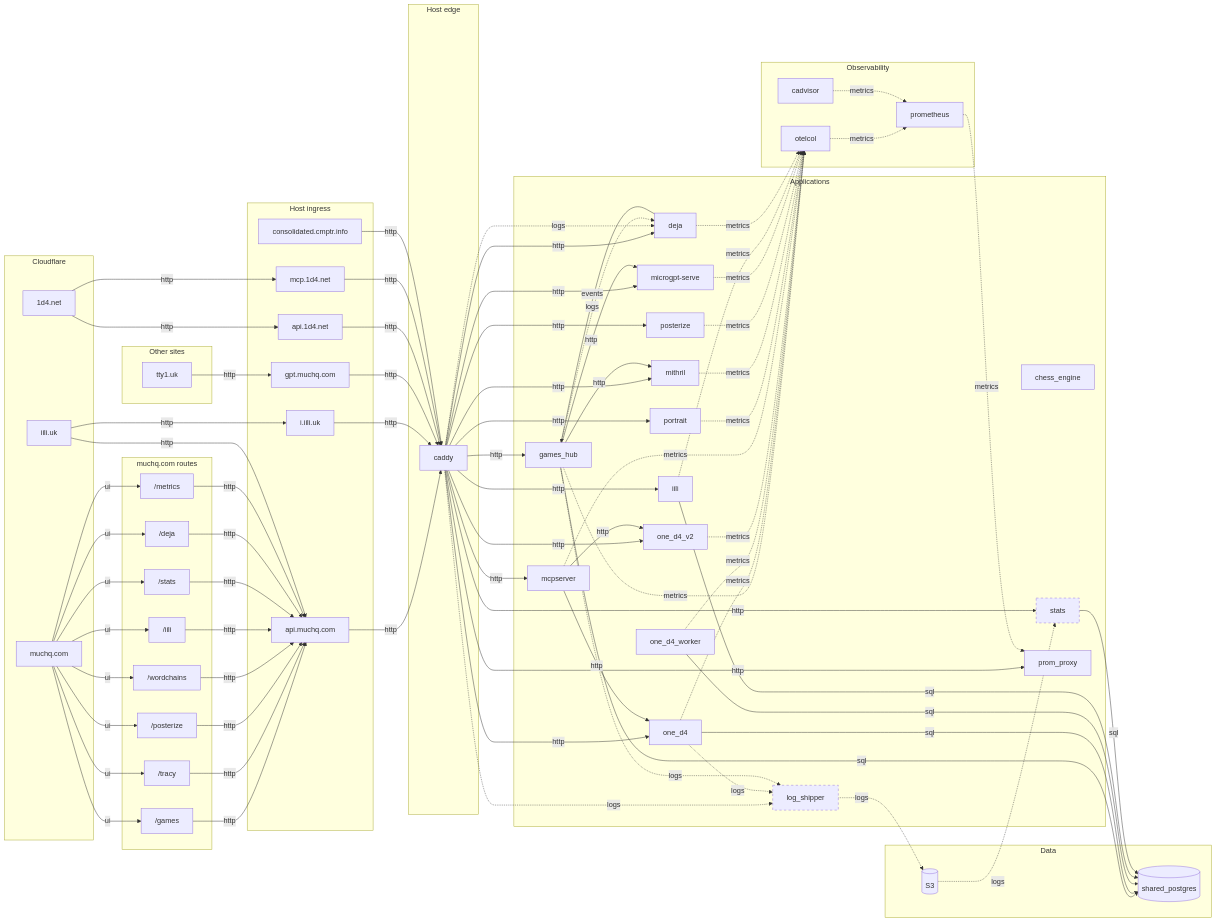
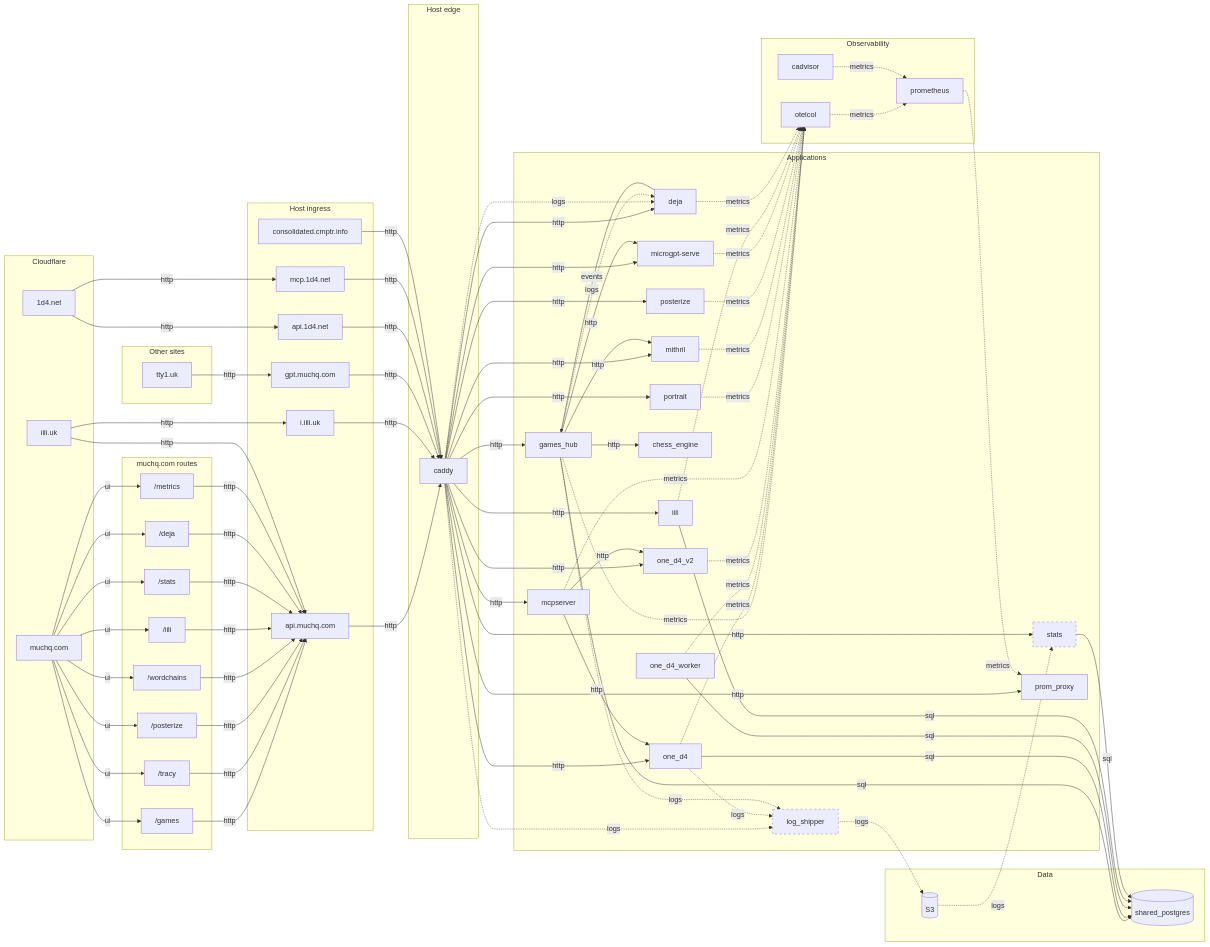
Before and after one commit to muchq/MoonBase: the diagram in docs/DEPLOYMENT.md, drawn with Mermaid. The commit also changed other lines of this file and 21 other files, not shown here.

First line of the commit message:
games_hub: a Stockfish bot seat at chess tables (#1625)

```diff
--- a/docs/DEPLOYMENT.md
+++ b/docs/DEPLOYMENT.md
@@ -185,6 +186,7 @@
   games_hub -->|sql| shared_postgres
   games_hub -->|http| microgpt-serve
   games_hub -->|http| mithril
+  games_hub -->|http| chess_engine
   one_d4 -->|sql| shared_postgres
   one_d4_worker -->|sql| shared_postgres
   iili -->|sql| shared_postgres
```
